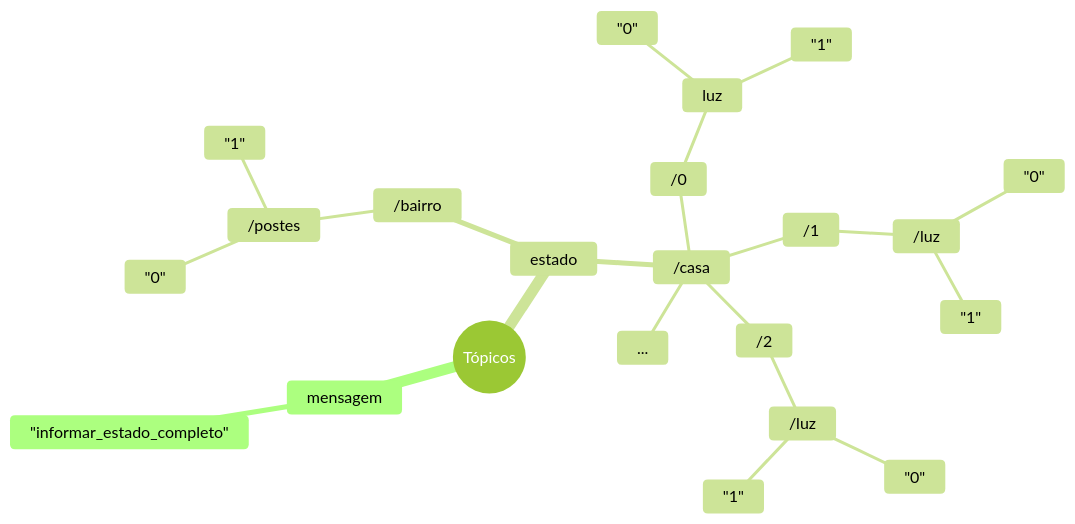
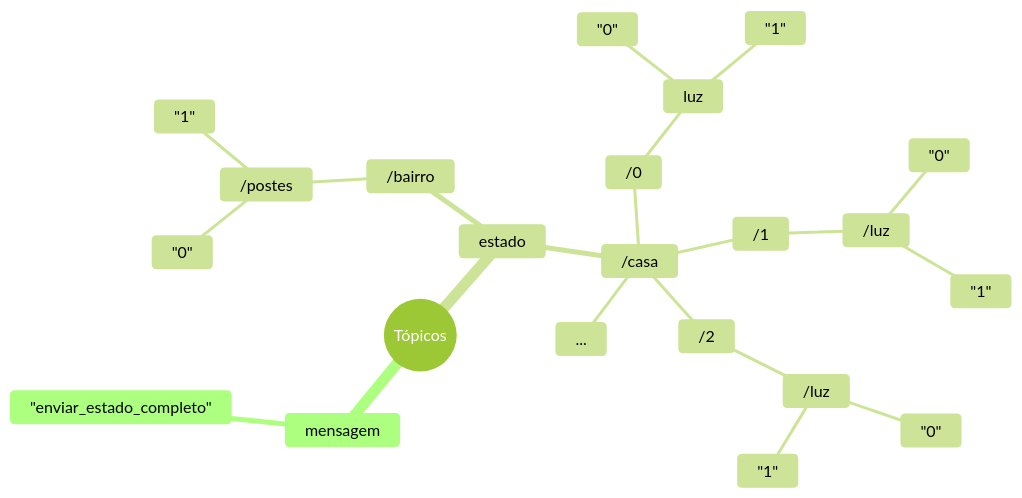
The first of 5 diagrams in projeto-da-disciplina.md (ederson-torresini/itl20231), drawn with Mermaid (forest theme) before and after one commit. The commit also changed other lines of this file and 10 other files, not shown here.

````diff
--- a/projeto-da-disciplina.md
+++ b/projeto-da-disciplina.md
@@ -36,25 +36,25 @@
 ```mermaid
 mindmap
   root((Tópicos))
     mensagem
-      "informar_estado_completo"
+      "enviar_estado_completo"
     estado
       /bairro
         /postes
           "0"
           "1"
       /casa
         /0
           luz
             "0"
             "1"
         /1
           /luz
             "0"
             "1"
         /2
           /luz
             "0"
             "1"
         ...
 ```
````
